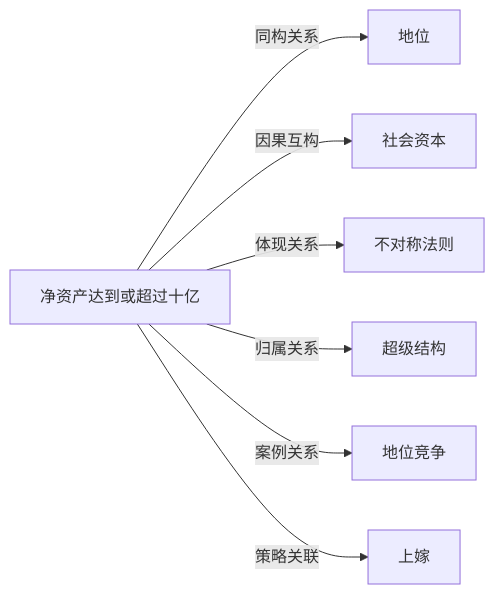
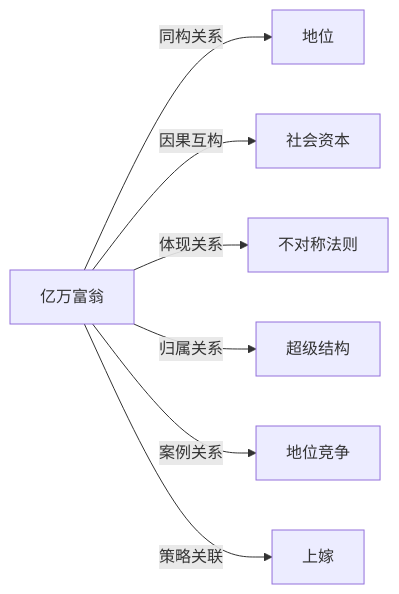
Before and after one commit to KIMMCHOW/MyKnowledge: the diagram in Knowledge/Concepts/经济/亿万富翁.md, drawn with Mermaid. The commit also changed 96 other files, not shown here.

Commit message:
fix: 修复概念页关系图节点并补齐缺失关联

````diff
--- a/Knowledge/Concepts/经济/亿万富翁.md
+++ b/Knowledge/Concepts/经济/亿万富翁.md
@@ -45,9 +45,9 @@
 ```mermaid
 graph LR
-    净资产达到或超过十亿 -->|同构关系| 地位
-    净资产达到或超过十亿 -->|因果互构| 社会资本
-    净资产达到或超过十亿 -->|体现关系| 不对称法则
-    净资产达到或超过十亿 -->|归属关系| 超级结构
-    净资产达到或超过十亿 -->|案例关系| 地位竞争
-    净资产达到或超过十亿 -->|策略关联| 上嫁
+亿万富翁 -->|同构关系| 地位
+亿万富翁 -->|因果互构| 社会资本
+亿万富翁 -->|体现关系| 不对称法则
+亿万富翁 -->|归属关系| 超级结构
+亿万富翁 -->|案例关系| 地位竞争
+亿万富翁 -->|策略关联| 上嫁
 ```
````
